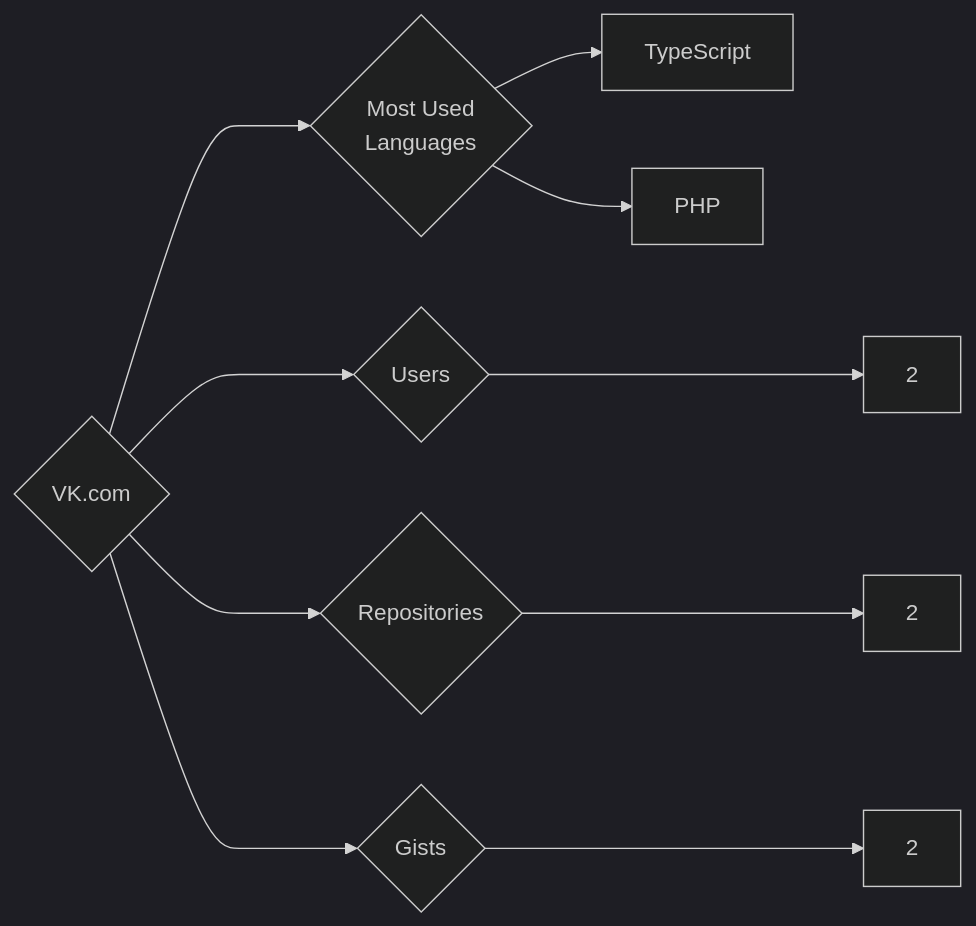
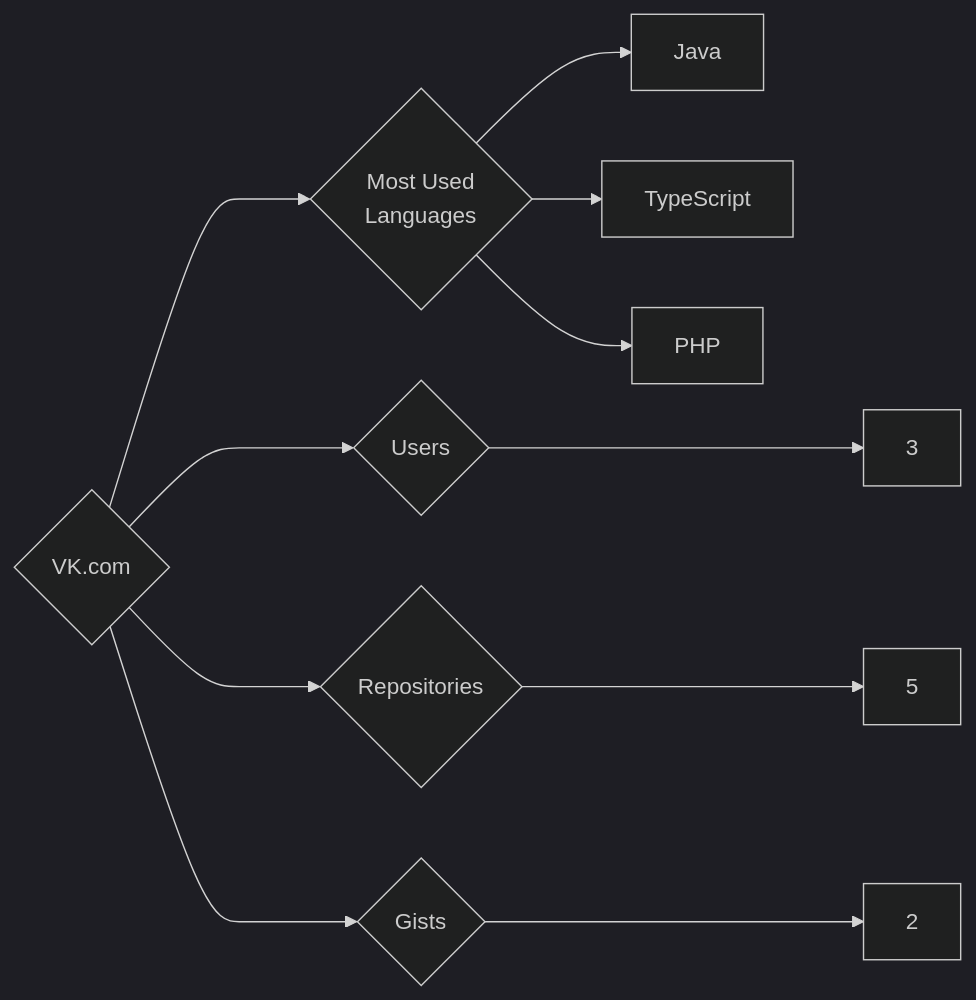
The diagram in targets/VK.com/README.md (trickest/insiders), drawn with Mermaid (dark theme) before and after one commit. The commit also changed 928 other files, not shown here.

````diff
--- a/targets/VK.com/README.md
+++ b/targets/VK.com/README.md
@@ -3,10 +3,11 @@
 ```mermaid
 graph LR
 COMPANY_NAME{VK.com}
-COMPANY_NAME ---> U{Users} ---> UN[2]
-COMPANY_NAME ---> R{Repositories} ---> RN[2]
+COMPANY_NAME ---> U{Users} ---> UN[3]
+COMPANY_NAME ---> R{Repositories} ---> RN[5]
 COMPANY_NAME ---> G{Gists} ---> GN[2]
 COMPANY_NAME ---> ML{Most Used<br>Languages}
+ML --> Java[Java]
 ML --> TypeScript[TypeScript]
 ML --> PHP[PHP]
 ```
````
